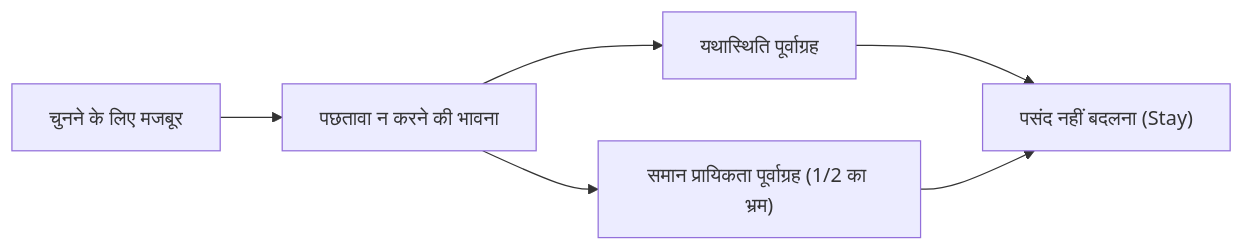
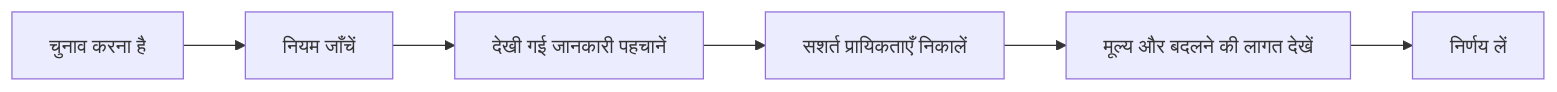
One commit to kenjinote/blog changed the second of 2 diagrams in content/post/paradox-monty-hall-problem/index.hi.md. Above: the diagram before and after it, drawn with Mermaid. The commit also changed other lines of this file and 9 other files, not shown here.

````diff
--- a/content/post/paradox-monty-hall-problem/index.hi.md
+++ b/content/post/paradox-monty-hall-problem/index.hi.md
@@ -187,8 +164,8 @@
 ```mermaid
 flowchart LR
-    Situation["चुनने के लिए मजबूर"] --> Feeling["पछतावा न करने की भावना"]
-    Feeling --> Bias1["यथास्थिति पूर्वाग्रह"]
-    Feeling --> Bias2["समान प्रायिकता पूर्वाग्रह (1/2 का भ्रम)"]
-    Bias1 --> Conclusion["पसंद नहीं बदलना (Stay)"]
-    Bias2 --> Conclusion
+    Situation["चुनाव करना है"] --> Rules["नियम जाँचें"]
+    Rules --> Observation["देखी गई जानकारी पहचानें"]
+    Observation --> Posterior["सशर्त प्रायिकताएँ निकालें"]
+    Posterior --> Utility["मूल्य और बदलने की लागत देखें"]
+    Utility --> Decision["निर्णय लें"]
 ```
````
